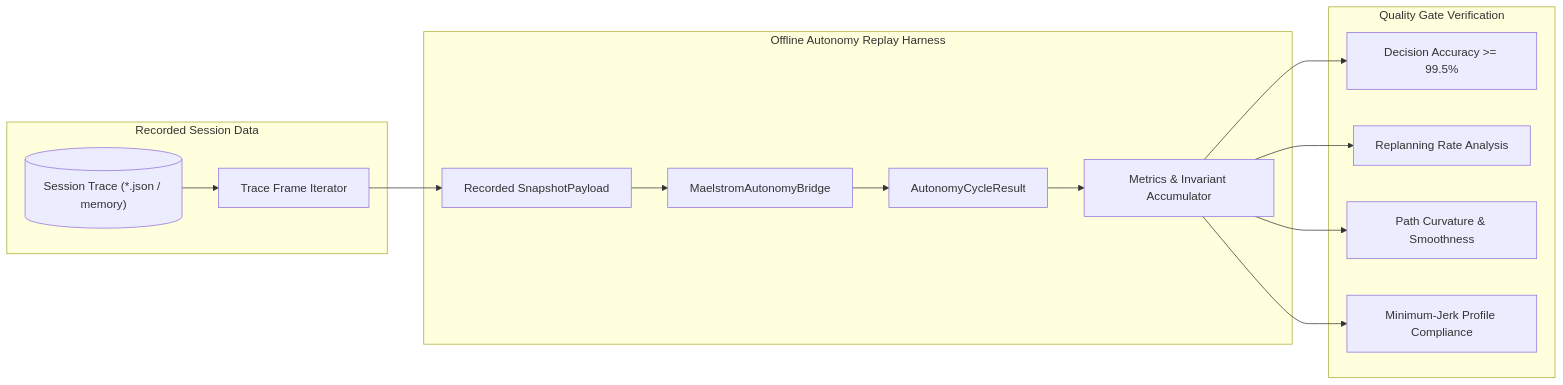
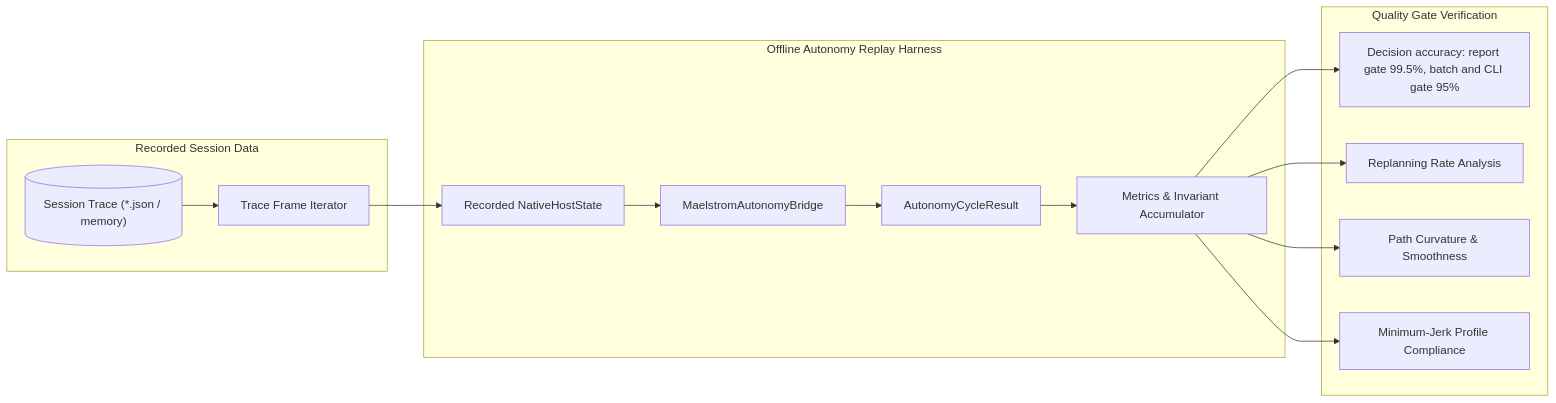
One commit to Aarogaming/AutoWizard101 changed the diagram in docs/OFFLINE_AUTONOMY_REPLAY.md. Above: the diagram before and after it, drawn with Mermaid. The commit also changed other lines of this file and 5 other files, not shown here.

````diff
--- a/docs/OFFLINE_AUTONOMY_REPLAY.md
+++ b/docs/OFFLINE_AUTONOMY_REPLAY.md
@@ -12,21 +26,21 @@
 ```mermaid
 flowchart LR
     subgraph Recorded Session Data
         Trace[("Session Trace (*.json / memory)")]
         Trace --> FrameReader[Trace Frame Iterator]
     end
 
     subgraph Offline Autonomy Replay Harness
-        FrameReader --> Snapshot[Recorded SnapshotPayload]
+        FrameReader --> Snapshot[Recorded NativeHostState]
         Snapshot --> Bridge[MaelstromAutonomyBridge]
         Bridge --> CycleResult[AutonomyCycleResult]
         CycleResult --> MetricCollector[Metrics & Invariant Accumulator]
     end
 
     subgraph Quality Gate Verification
-        MetricCollector --> Acc[Decision Accuracy >= 99.5%]
+        MetricCollector --> Acc["Decision accuracy: report gate 99.5%, batch and CLI gate 95%"]
         MetricCollector --> Replan[Replanning Rate Analysis]
         MetricCollector --> Curv[Path Curvature & Smoothness]
         MetricCollector --> Jerk[Minimum-Jerk Profile Compliance]
     end
 ```
````
